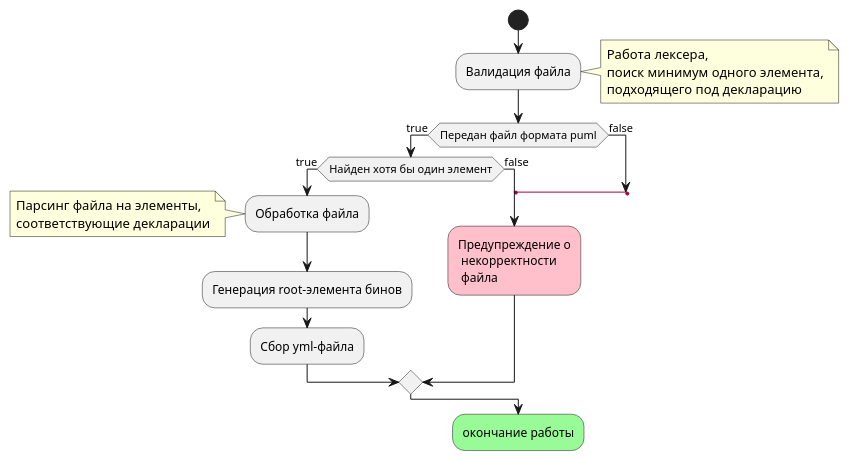
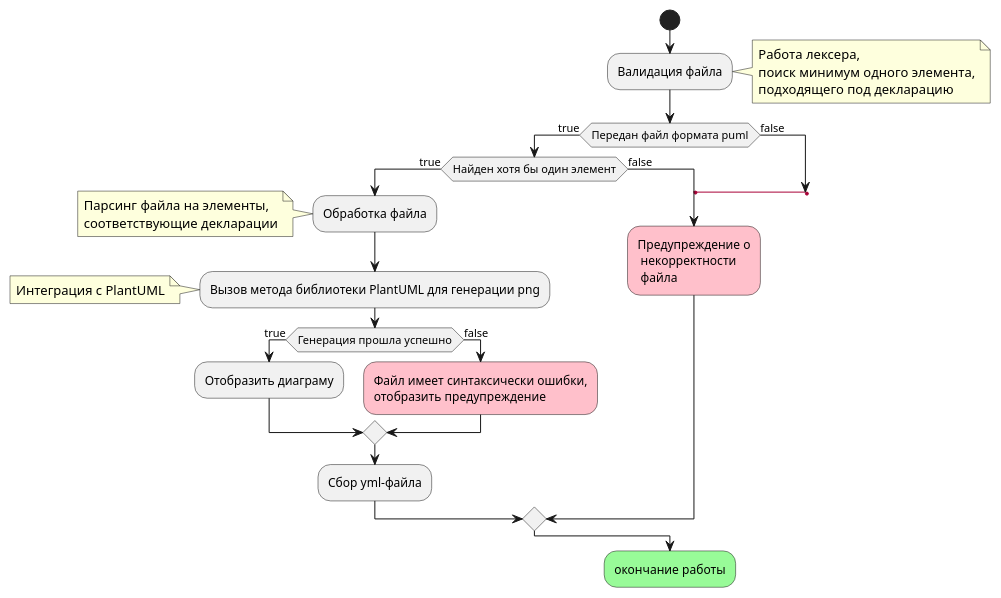
The diagram in src/main/resources/diagram/JavaBeanGeneratorActivity.puml (ovchnnkva/beanGeneration), drawn with PlantUML before and after one commit. The commit also changed 38 other files, not shown here.

```diff
--- a/src/main/resources/diagram/JavaBeanGeneratorActivity.puml
+++ b/src/main/resources/diagram/JavaBeanGeneratorActivity.puml
@@ -1,36 +1,45 @@
 @startuml
 'https://plantuml.com/activity-diagram-beta
 
 start
 :Валидация файла;
 note right
     Работа лексера,
     поиск минимум одного элемента,
     подходящего под декларацию
 end note
 if(Передан файл формата puml) then (true)
        if (Найден хотя бы один элемент) then (true)
             :Обработка файла;
             note left
                Парсинг файла на элементы,
                соответствующие декларации
             end note
-            :Генерация root-элемента бинов;
+            :Вызов метода библиотеки PlantUML для генерации png;
+            note left
+                Интеграция с PlantUML
+            end note
+            if(Генерация прошла успешно) then (true)
+                :Отобразить диаграму;
+            else (false)
+                #pink:Файл имеет синтаксически ошибки,
+                отобразить предупреждение;
+            endif
             :Сбор yml-файла;
 
        else (false)
              label msg_err;
             #pink:Предупреждение о
              некорректности
              файла;
 
        endif
 else (false)
     label msg_err2;
     goto msg_err;
 endif;
 
 
 #palegreen:окончание работы;
 
 @enduml
```
